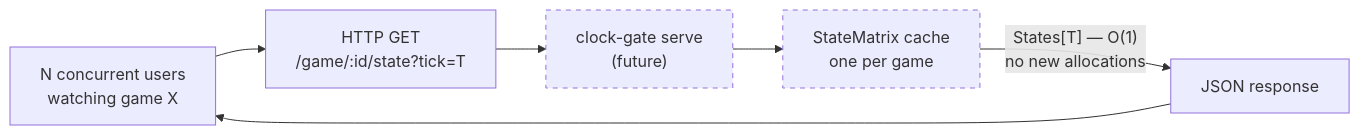
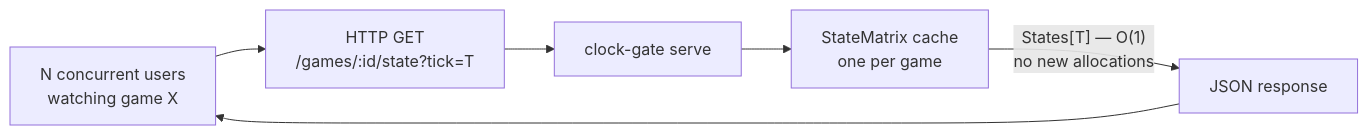
The fourth of 4 diagrams in README.md (ParadoxSportsData/paradox-clock-gate), drawn with Mermaid before and after one commit. The commit also changed other lines of this file, not shown here.

First line of the commit message:
docs(readme): fix serve mode docs and Mermaid diagrams for shipped state

````diff
--- a/README.md
+++ b/README.md
@@ -236,10 +239,8 @@
 ```mermaid
 flowchart LR
-    Users["N concurrent users\nwatching game X"] --> HTTP["HTTP GET\n/game/:id/state?tick=T"]
-    HTTP --> Server["clock-gate serve\n(future)"]
+    Users["N concurrent users\nwatching game X"] --> HTTP["HTTP GET\n/games/:id/state?tick=T"]
+    HTTP --> Server["clock-gate serve"]
     Server --> Cache["StateMatrix cache\none per game"]
     Cache -->|"States[T] — O(1)\nno new allocations"| Response["JSON response"]
     Response --> Users
-    style Server stroke-dasharray: 5 5
-    style Cache stroke-dasharray: 5 5
 ```
````
